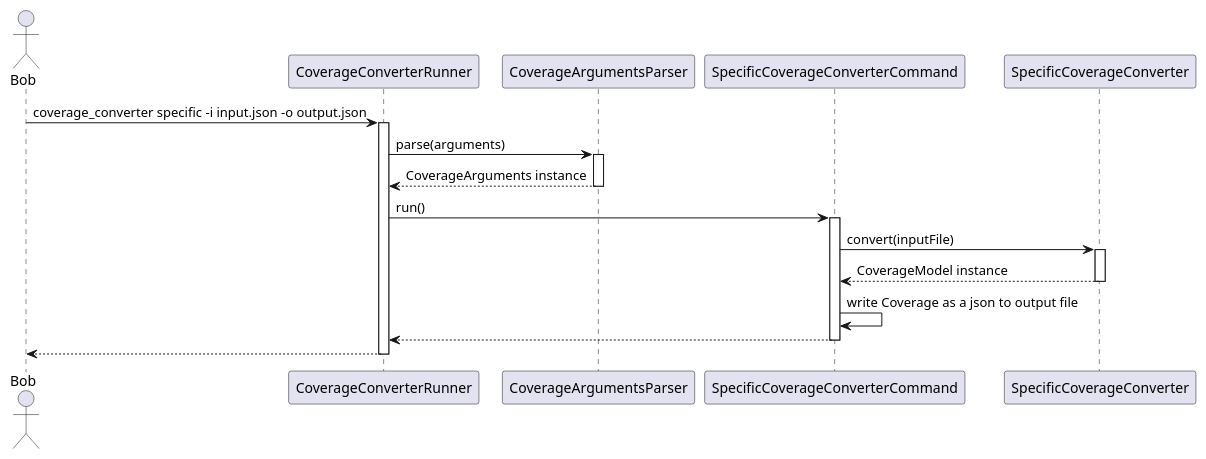
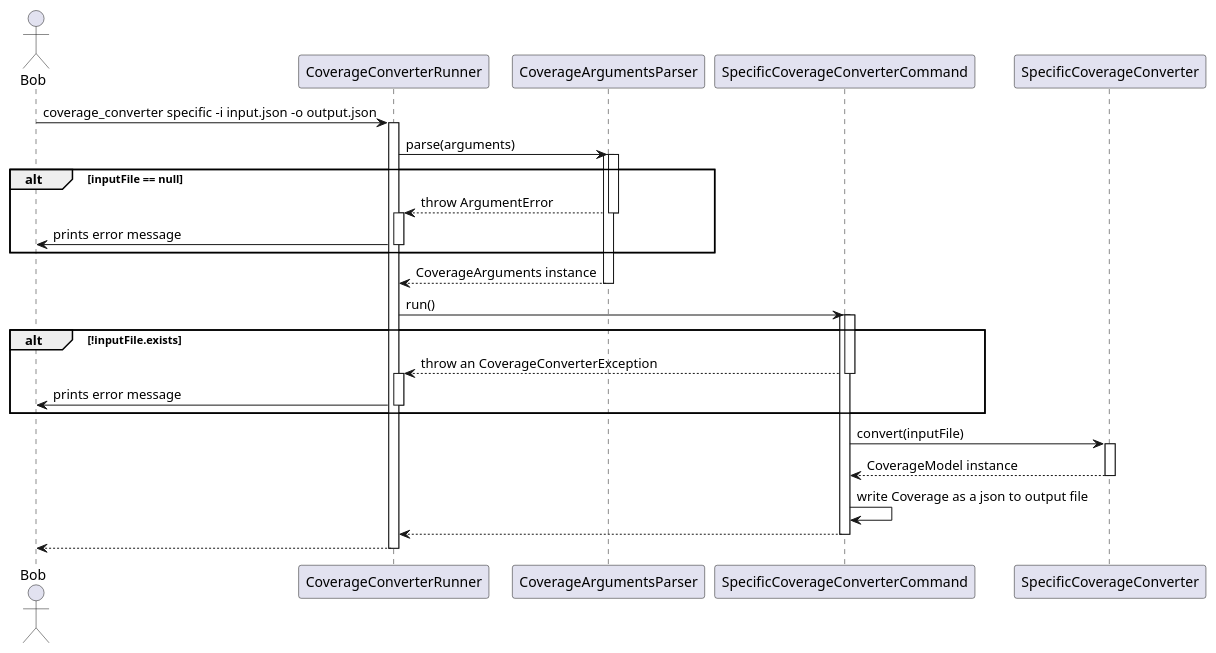
The diagram in metrics/coverage_converter/docs/diagrams/coverage_sequence_diagram.puml (Flank/flank-dashboard), drawn with PlantUML before and after one commit. The commit also changed 5 other files, not shown here.

```diff
--- a/metrics/coverage_converter/docs/diagrams/coverage_sequence_diagram.puml
+++ b/metrics/coverage_converter/docs/diagrams/coverage_sequence_diagram.puml
@@ -1,28 +1,51 @@
 @startuml coverage_sequence_diagram
 
 
 actor Bob
 
 
 participant CoverageConverterRunner
 participant CoverageArgumentsParser
 participant SpecificCoverageConverterCommand
 participant SpecificCoverageConverter
 
 
 Bob -> CoverageConverterRunner : coverage_converter specific -i input.json -o output.json
 
 activate CoverageConverterRunner
 CoverageConverterRunner -> CoverageArgumentsParser : parse(arguments)
 activate CoverageArgumentsParser
+
+alt inputFile == null
+activate CoverageArgumentsParser
+
+return throw ArgumentError
+activate CoverageConverterRunner
+CoverageConverterRunner -> Bob: prints error message
+deactivate CoverageConverterRunner
+
+end 
+
 return CoverageArguments instance
 CoverageConverterRunner -> SpecificCoverageConverterCommand : run()
 activate SpecificCoverageConverterCommand
+
+alt !inputFile.exists
+activate SpecificCoverageConverterCommand
+
+return throw an CoverageConverterException
+activate CoverageConverterRunner
+
+CoverageConverterRunner -> Bob : prints error message
+deactivate CoverageConverterRunner
+
+end
+
 SpecificCoverageConverterCommand -> SpecificCoverageConverter : convert(inputFile)
 activate SpecificCoverageConverter
 return CoverageModel instance
 SpecificCoverageConverterCommand -> SpecificCoverageConverterCommand : write Coverage as a json to output file
 return 
 return
 
 @enduml
```
